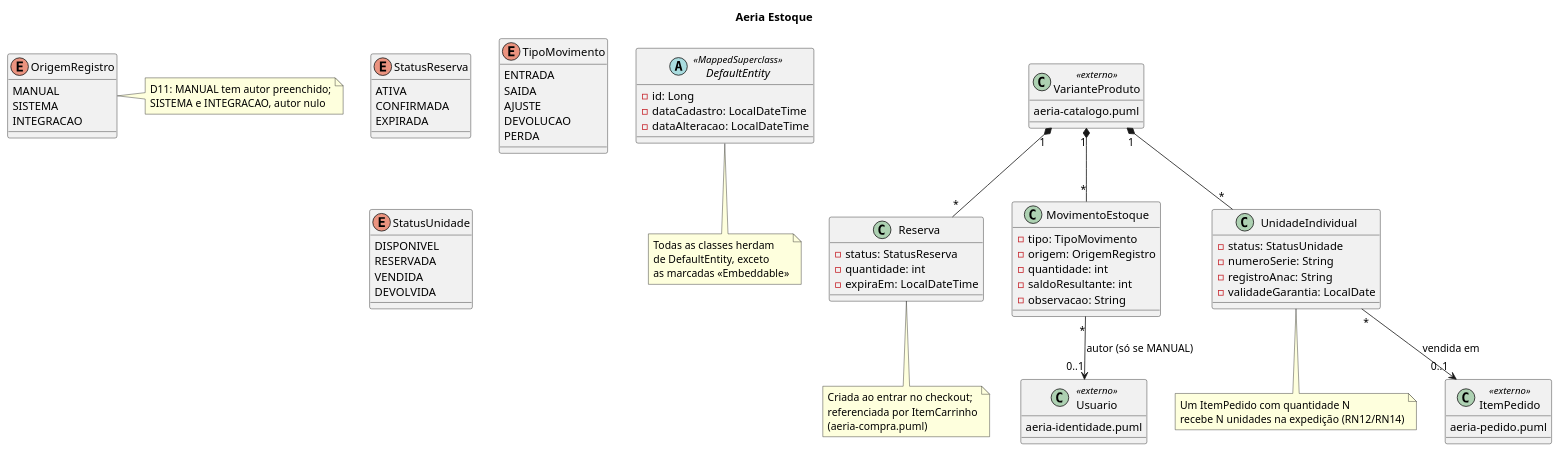
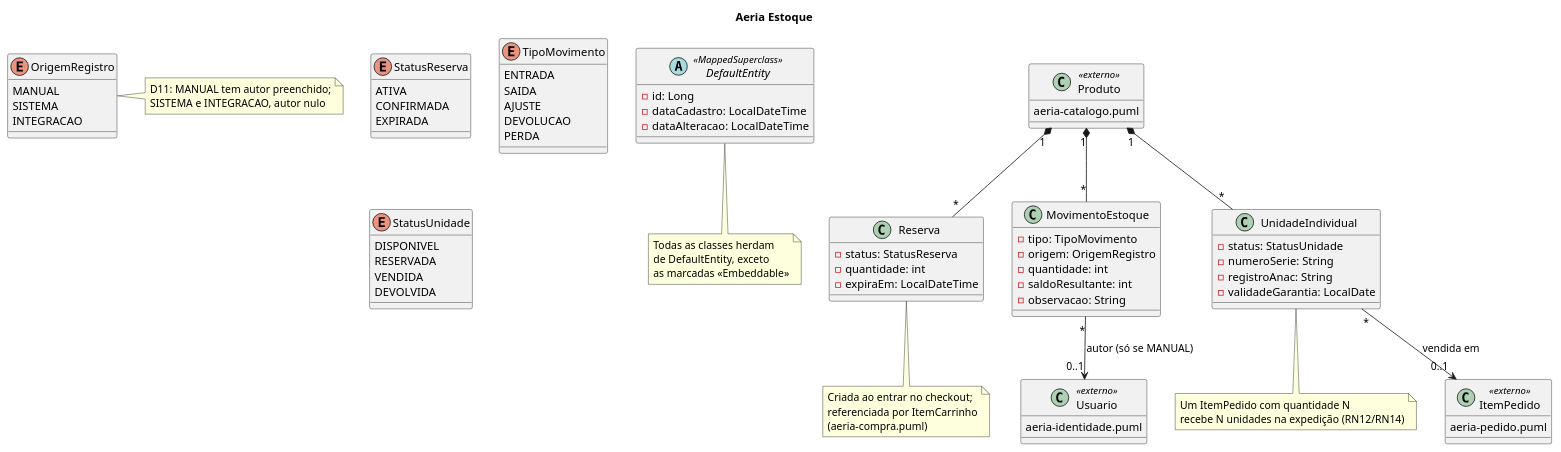
One commit to DaviRSuassuna/Droneshop changed the diagram in docs/diagramas/aeria-estoque.puml. Above: the diagram before and after it, drawn with PlantUML. The commit also changed 16 other files, not shown here.

```diff
--- a/docs/diagramas/aeria-estoque.puml
+++ b/docs/diagramas/aeria-estoque.puml
@@ -1,97 +1,97 @@
 @startuml aeria-estoque
 
 title Aeria Estoque
 
 abstract class DefaultEntity <<MappedSuperclass>> {
   -id: Long
   -dataCadastro: LocalDateTime
   -dataAlteracao: LocalDateTime
 }
 
 note bottom of DefaultEntity
   Todas as classes herdam
   de DefaultEntity, exceto
   as marcadas <<Embeddable>>
 end note
 
 ' Enum compartilhado, replicado em cada diagrama que o usa
 enum OrigemRegistro {
   MANUAL
   SISTEMA
   INTEGRACAO
 }
 note right of OrigemRegistro
   D11: MANUAL tem autor preenchido;
   SISTEMA e INTEGRACAO, autor nulo
 end note
 
 enum StatusReserva {
   ATIVA
   CONFIRMADA
   EXPIRADA
 }
 
 class Reserva {
   -status: StatusReserva
   -quantidade: int
   -expiraEm: LocalDateTime
 }
 note bottom of Reserva
   Criada ao entrar no checkout;
   referenciada por ItemCarrinho
   (aeria-compra.puml)
 end note
 
 enum TipoMovimento {
   ENTRADA
   SAIDA
   AJUSTE
   DEVOLUCAO
   PERDA
 }
 
 class MovimentoEstoque {
   -tipo: TipoMovimento
   -origem: OrigemRegistro
   -quantidade: int
   -saldoResultante: int
   -observacao: String
 }
 
 enum StatusUnidade {
   DISPONIVEL
   RESERVADA
   VENDIDA
   DEVOLVIDA
 }
 
 class UnidadeIndividual {
   -status: StatusUnidade
   -numeroSerie: String
   -registroAnac: String
   -validadeGarantia: LocalDate
 }
 note bottom of UnidadeIndividual
   Um ItemPedido com quantidade N
   recebe N unidades na expedição (RN12/RN14)
 end note
 
-class VarianteProduto <<externo>> {
+class Produto <<externo>> {
   aeria-catalogo.puml
 }
 
 class ItemPedido <<externo>> {
   aeria-pedido.puml
 }
 
 class Usuario <<externo>> {
   aeria-identidade.puml
 }
 
-VarianteProduto "1" *-- "*" Reserva
-VarianteProduto "1" *-- "*" MovimentoEstoque
-VarianteProduto "1" *-- "*" UnidadeIndividual
+Produto "1" *-- "*" Reserva
+Produto "1" *-- "*" MovimentoEstoque
+Produto "1" *-- "*" UnidadeIndividual
 MovimentoEstoque "*" --> "0..1" Usuario : autor (só se MANUAL)
 UnidadeIndividual "*" --> "0..1" ItemPedido : vendida em
 
 @enduml
```
